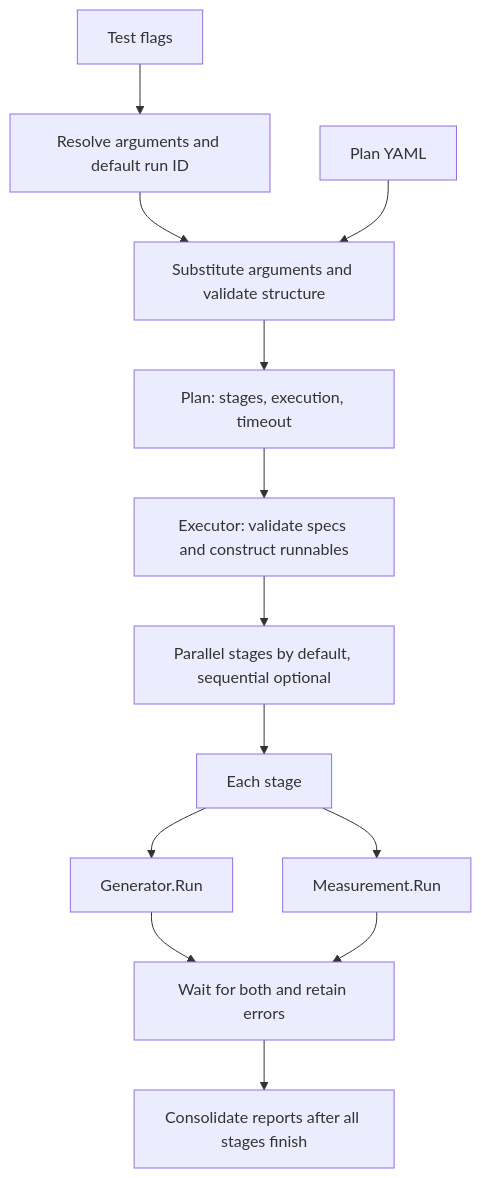
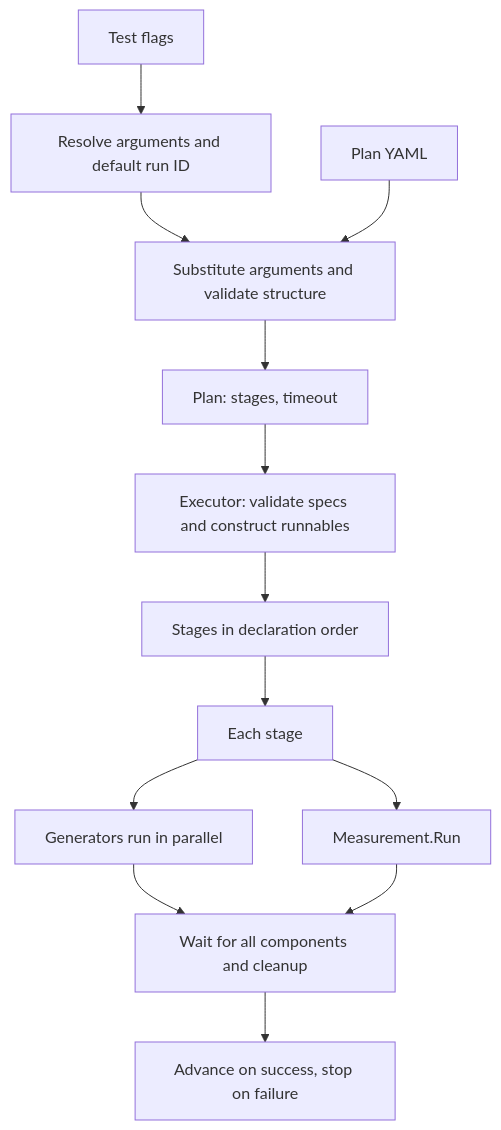
One commit to djaglowski-nvidia/nvke-telemetry-pipeline changed the diagram in tests/scale/README.md. Above: the diagram before and after it, drawn with Mermaid. The commit also changed other lines of this file and 25 other files, not shown here.

First line of the commit message:
refactor(scale): run stages sequentially with parallel generators (#142)

````diff
--- a/tests/scale/README.md
+++ b/tests/scale/README.md
@@ -109,15 +110,15 @@
 ```mermaid
 flowchart TD
     Flags["Test flags"] --> Arguments["Resolve arguments and default run ID"]
     Arguments --> Parse["Substitute arguments and validate structure"]
     YAML["Plan YAML"] --> Parse
-    Parse --> Plan["Plan: stages, execution, timeout"]
+    Parse --> Plan["Plan: stages, timeout"]
     Plan --> Executor["Executor: validate specs and construct runnables"]
-    Executor --> Schedule["Parallel stages by default, sequential optional"]
+    Executor --> Schedule["Stages in declaration order"]
     Schedule --> Stage["Each stage"]
-    Stage --> Generator["Generator.Run"]
+    Stage --> Generator["Generators run in parallel"]
     Stage --> Measurement["Measurement.Run"]
-    Generator --> Join["Wait for both and retain errors"]
+    Generator --> Join["Wait for all components and cleanup"]
     Measurement --> Join
-    Join --> Reports["Consolidate reports after all stages finish"]
+    Join --> Reports["Advance on success, stop on failure"]
 ```
````
